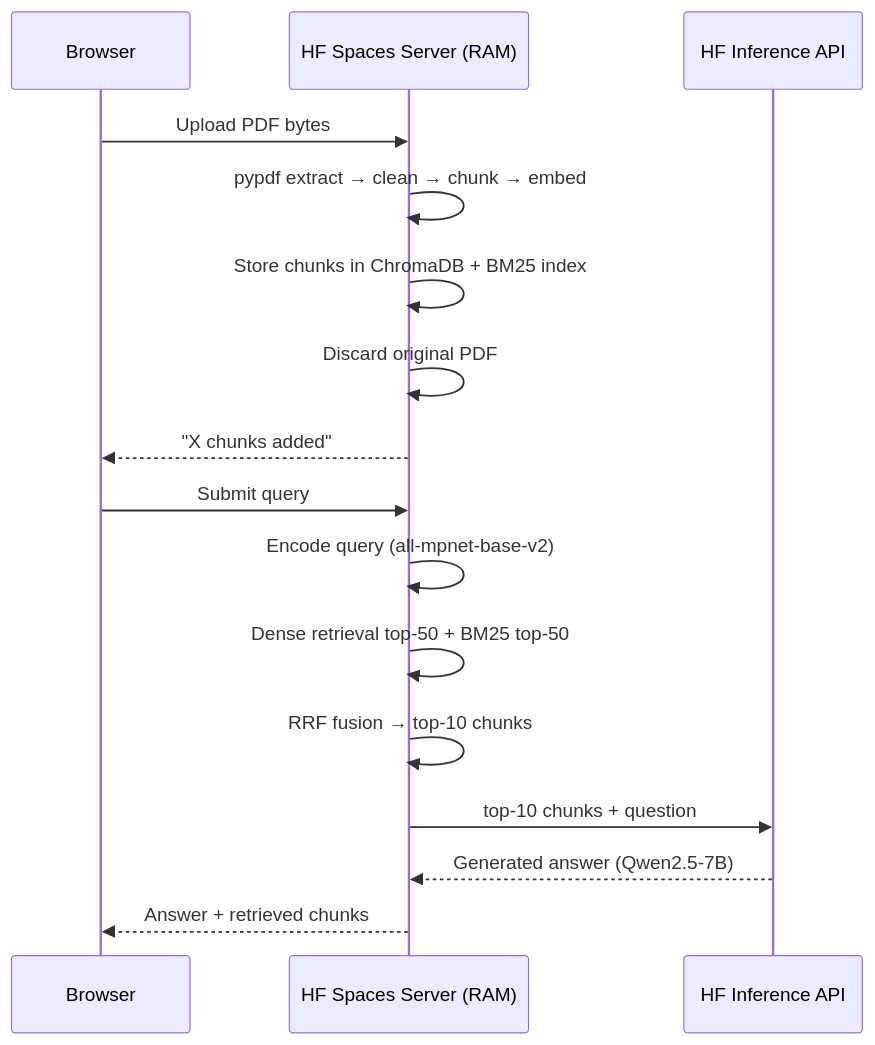
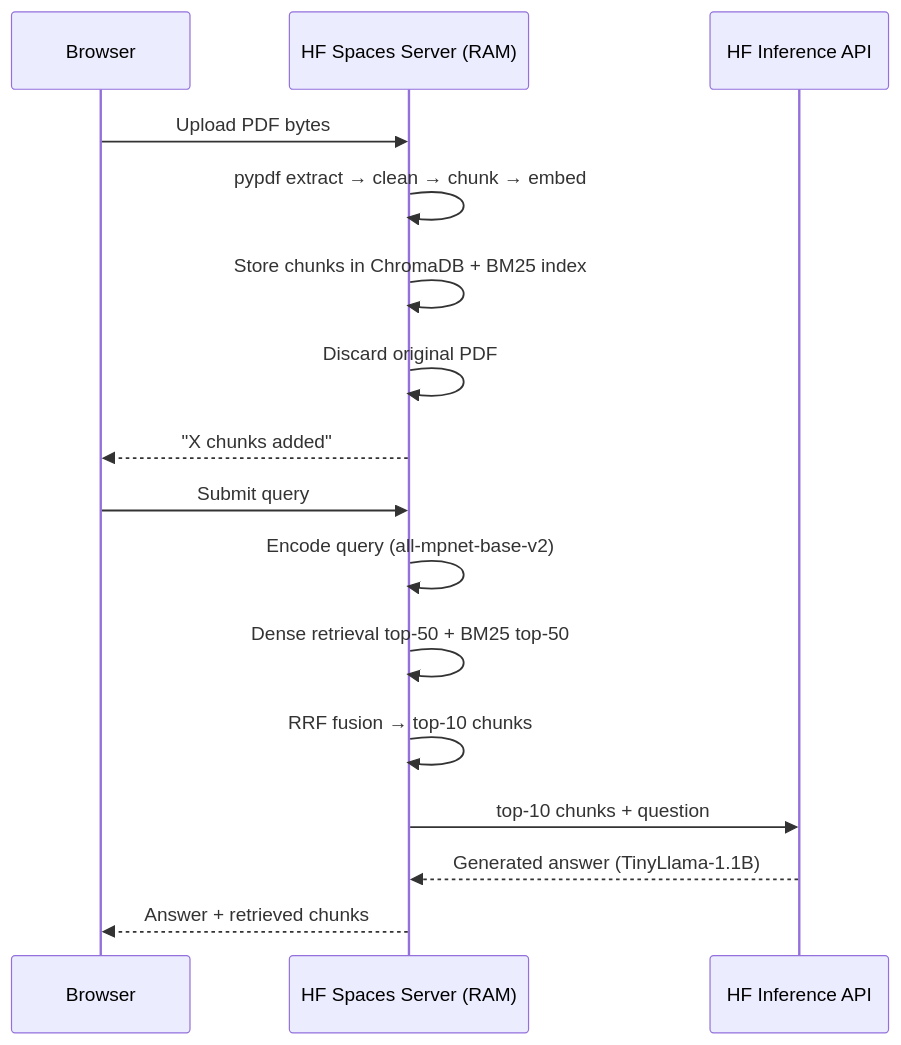
The second of 2 diagrams in README.md (sumanthvelagala/document-rag), drawn with Mermaid before and after one commit. The commit also changed other lines of this file and 3 other files, not shown here.

Commit message:
Sync all files to TinyLlama-1.1B on ZeroGPU — remove InferenceClient dependency

````diff
--- a/README.md
+++ b/README.md
@@ -45,20 +45,20 @@
 ```mermaid
 sequenceDiagram
     participant B as Browser
     participant S as HF Spaces Server (RAM)
     participant H as HF Inference API
 
     B->>S: Upload PDF bytes
     S->>S: pypdf extract → clean → chunk → embed
     S->>S: Store chunks in ChromaDB + BM25 index
     S->>S: Discard original PDF
     S-->>B: "X chunks added"
 
     B->>S: Submit query
     S->>S: Encode query (all-mpnet-base-v2)
     S->>S: Dense retrieval top-50 + BM25 top-50
     S->>S: RRF fusion → top-10 chunks
     S->>H: top-10 chunks + question
-    H-->>S: Generated answer (Qwen2.5-7B)
+    H-->>S: Generated answer (TinyLlama-1.1B)
     S-->>B: Answer + retrieved chunks
 ```
````
